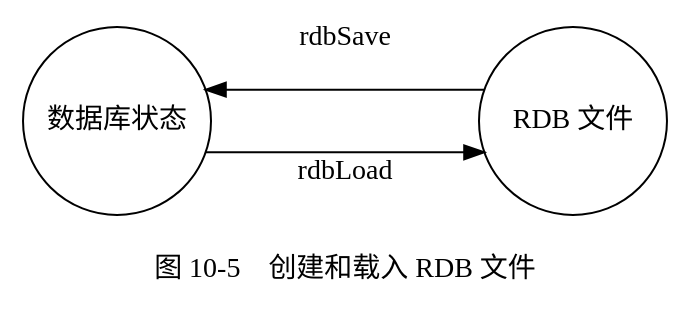
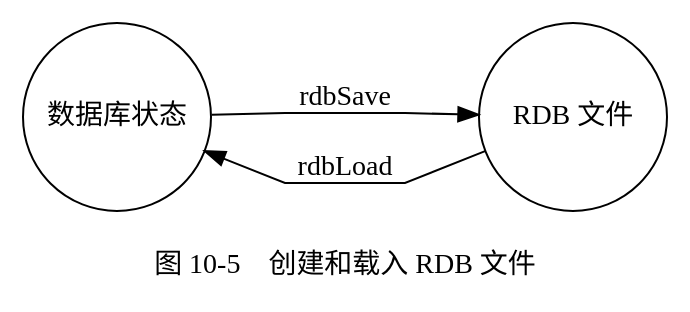
One commit to huangzworks/redisbook1e-gallery changed the fifth of 33 diagrams in 10-rdb.rst. Above: the diagram before and after it, drawn with Graphviz. The commit also changed 4 other files, not shown here.

Commit message:
修复 splines = ortho 造成的 bug

```diff
--- a/10-rdb.rst
+++ b/10-rdb.rst
@@ -116,27 +116,27 @@
 .. graphviz::
 
     digraph {
 
         label = "\n图 10-5    创建和载入 RDB 文件";
 
         rankdir = LR;
 
-        splines = ortho
+        splines = polyline
 
         //
 
         node [shape = circle, width = 1.3, height = 1.3];
 
         state [label = "数据库状态"];
 
         rdb [label = "RDB 文件"];
 
         //
 
         edge [minlen = 2.5];
 
         state -> rdb [label = "rdbSave"];
 
         rdb -> state [label = "\nrdbLoad"];
 
     }
```
